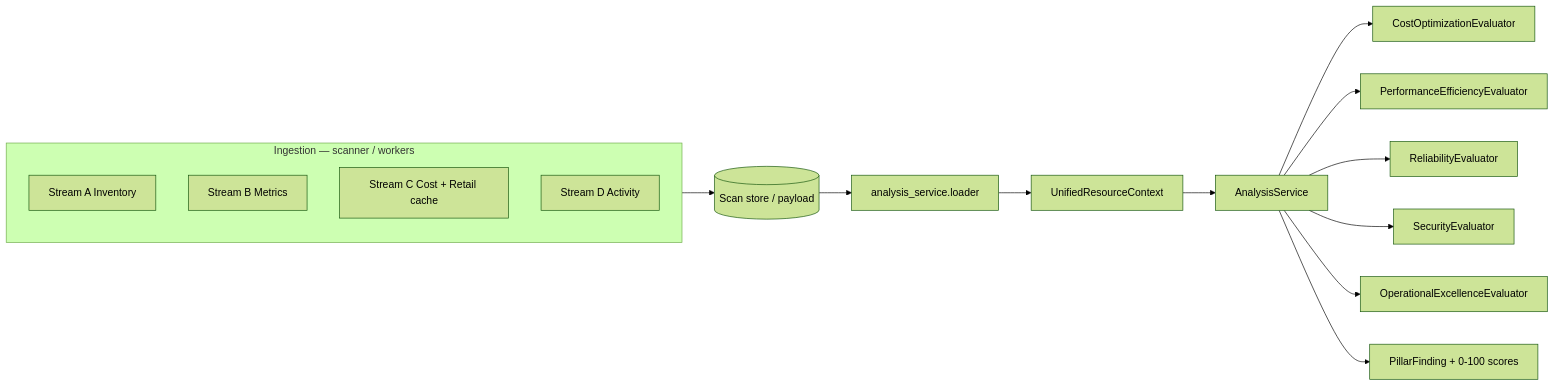
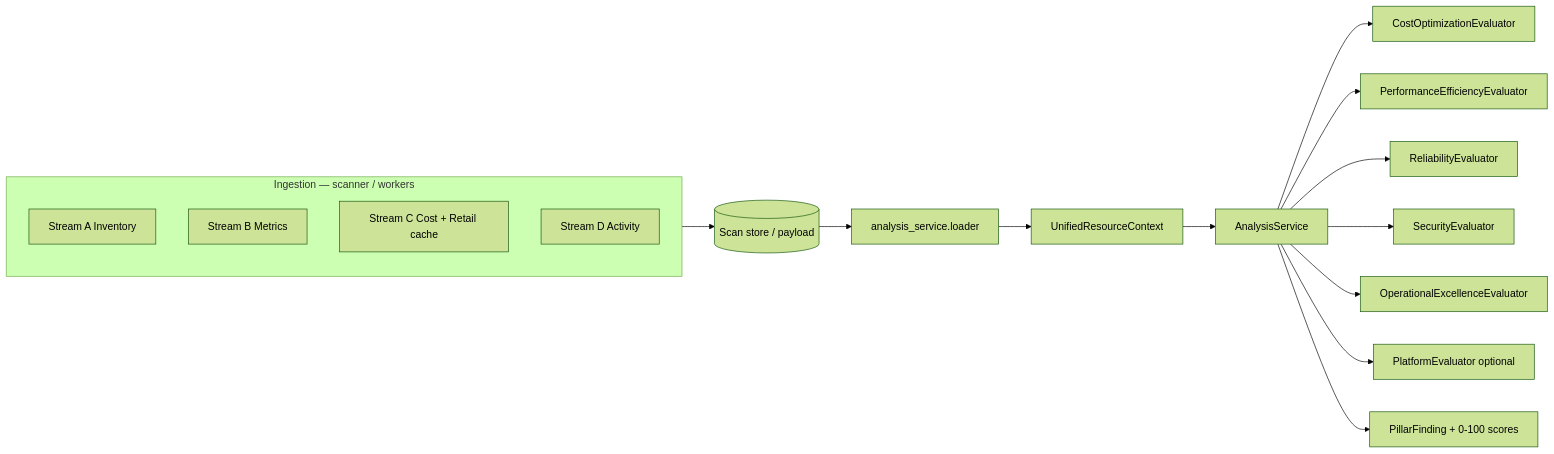
One commit to ashokkondapuram/cloudsaver changed the diagram in docs/ANALYSIS_SERVICE.md. Above: the diagram before and after it, drawn with Mermaid (forest theme). The commit also changed other lines of this file and 10 other files, not shown here.

First line of the commit message:
feat(analysis): platform-evaluator hooks + split Well-Architected spec docs

````diff
--- a/docs/ANALYSIS_SERVICE.md
+++ b/docs/ANALYSIS_SERVICE.md
@@ -9,19 +9,20 @@
 ```mermaid
 flowchart LR
   subgraph ingest [Ingestion — scanner / workers]
     A[Stream A Inventory]
     B[Stream B Metrics]
     C[Stream C Cost + Retail cache]
     D[Stream D Activity]
   end
   ingest --> Store[(Scan store / payload)]
   Store --> Loader[analysis_service.loader]
   Loader --> Ctx[UnifiedResourceContext]
   Ctx --> AS[AnalysisService]
   AS --> E1[CostOptimizationEvaluator]
   AS --> E2[PerformanceEfficiencyEvaluator]
   AS --> E3[ReliabilityEvaluator]
   AS --> E4[SecurityEvaluator]
   AS --> E5[OperationalExcellenceEvaluator]
+  AS --> E6[PlatformEvaluator optional]
   AS --> Out[PillarFinding + 0-100 scores]
 ```
````
